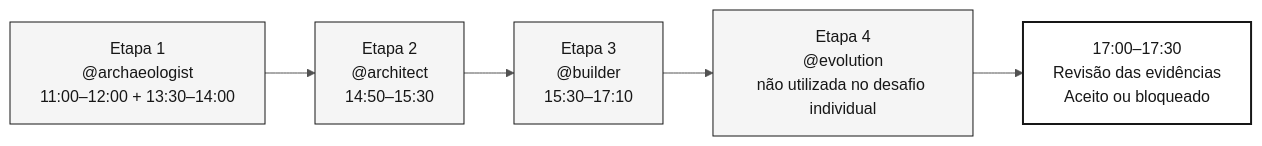
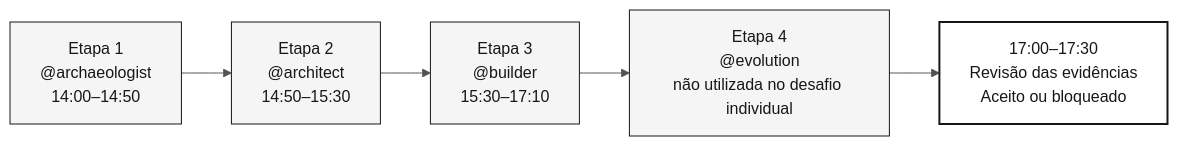
Before and after one commit to serpro-workshop-floripa/sifap-workshop-paula-00: the diagram in 06-stage-agents/README.md, drawn with Mermaid. The commit also changed other lines of this file and 1 other file, not shown here.

Commit message:
Update archaeologist README to clarify target audience and estimated time; adjust flowchart and schedule for consistency.

````diff
--- a/06-stage-agents/README.md
+++ b/06-stage-agents/README.md
@@ -55,11 +55,11 @@
 ```mermaid
 %%{init: {'theme':'neutral','themeVariables':{'fontFamily':'ui-sans-serif, system-ui, sans-serif','primaryColor':'#F5F5F5','primaryTextColor':'#171717','primaryBorderColor':'#171717','lineColor':'#525252','secondaryColor':'#FFFFFF','tertiaryColor':'#FAFAFA','background':'#FFFFFF'}}}%%
 flowchart LR
     classDef step fill:#F5F5F5,stroke:#171717,color:#171717
     classDef result fill:#FFFFFF,stroke:#171717,color:#171717,stroke-width:2px
 
-    A["Etapa 1<br/>@archaeologist<br/>11:00–12:00 + 13:30–14:00"]:::step --> B["Etapa 2<br/>@architect<br/>14:50–15:30"]:::step
+    A["Etapa 1<br/>@archaeologist<br/>14:00–14:50"]:::step --> B["Etapa 2<br/>@architect<br/>14:50–15:30"]:::step
     B --> C["Etapa 3<br/>@builder<br/>15:30–17:10"]:::step
     C --> D["Etapa 4<br/>@evolution<br/>não utilizada no desafio individual"]:::step
     D --> E["17:00–17:30<br/>Revisão das evidências<br/>Aceito ou bloqueado"]:::result
 ```
````
